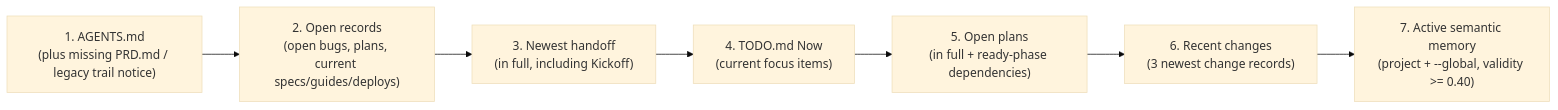
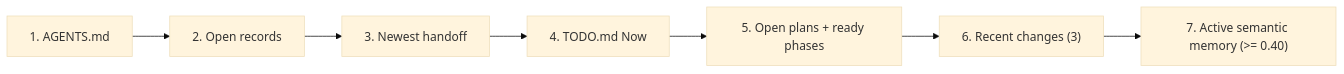
One commit to kesokaj/fyr changed the second of 3 diagrams in features/brain-and-memory.md. Above: the diagram before and after it, drawn with Mermaid (base theme). The commit also changed other lines of this file and 3 other files, not shown here.

````diff
--- a/features/brain-and-memory.md
+++ b/features/brain-and-memory.md
@@ -32,9 +32,9 @@
 ```mermaid
 flowchart LR
-    S1["1. AGENTS.md\n(plus missing PRD.md / legacy trail notice)"] --> S2["2. Open records\n(open bugs, plans, current specs/guides/deploys)"]
-    S2 --> S3["3. Newest handoff\n(in full, including Kickoff)"]
-    S3 --> S4["4. TODO.md Now\n(current focus items)"]
-    S4 --> S5["5. Open plans\n(in full + ready-phase dependencies)"]
-    S5 --> S6["6. Recent changes\n(3 newest change records)"]
-    S6 --> S7["7. Active semantic memory\n(project + --global, validity >= 0.40)"]
+    S1["1. AGENTS.md"] --> S2["2. Open records"]
+    S2 --> S3["3. Newest handoff"]
+    S3 --> S4["4. TODO.md Now"]
+    S4 --> S5["5. Open plans + ready phases"]
+    S5 --> S6["6. Recent changes (3)"]
+    S6 --> S7["7. Active semantic memory (>= 0.40)"]
 ```
````
